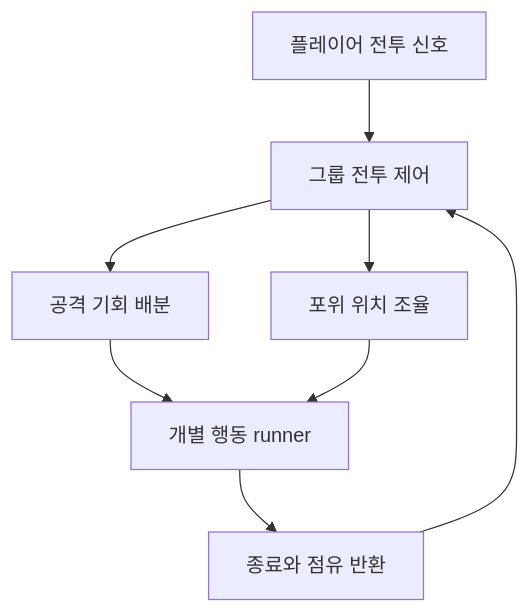
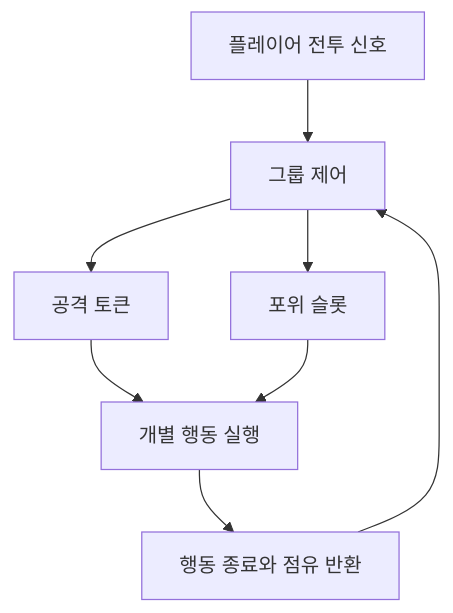
The diagram in content/articles/gameplay/monster-combat.md (imjae/imjae.github.io), drawn with Mermaid before and after one commit. The commit also changed other lines of this file and 28 other files, not shown here.

````diff
--- a/content/articles/gameplay/monster-combat.md
+++ b/content/articles/gameplay/monster-combat.md
@@ -29,10 +31,10 @@
 ```mermaid
 flowchart TD
-    P[플레이어 전투 신호] --> G[그룹 전투 제어]
-    G --> T[공격 기회 배분]
-    G --> S[포위 위치 조율]
-    T --> M[개별 행동 runner]
+    P[플레이어 전투 신호] --> G[그룹 제어]
+    G --> T[공격 토큰]
+    G --> S[포위 슬롯]
+    T --> M[개별 행동 실행]
     S --> M
-    M --> R[종료와 점유 반환]
+    M --> R[행동 종료와 점유 반환]
     R --> G
 ```
````
